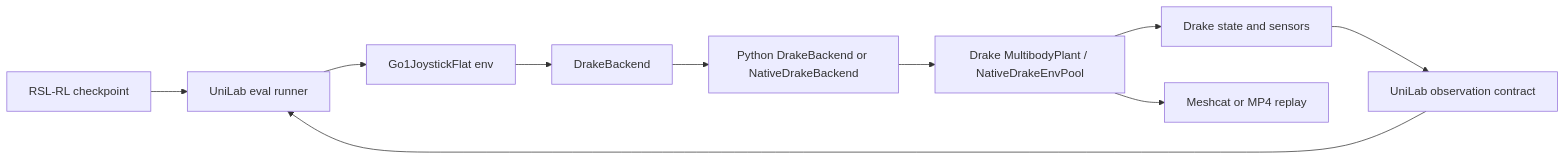
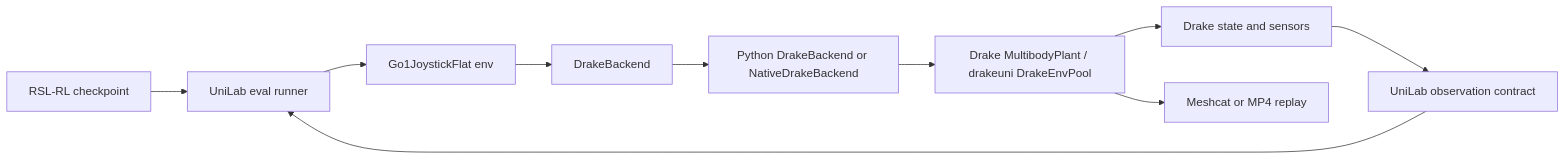
The diagram in DRAKE_REPLAY_PLAN.md (Motphys/UniLab), drawn with Mermaid before and after one commit. The commit also changed other lines of this file and 5 other files, not shown here.

Commit message:
build: depend on external DrakeUni batch pool

````diff
--- a/DRAKE_REPLAY_PLAN.md
+++ b/DRAKE_REPLAY_PLAN.md
@@ -118,12 +119,12 @@
 ```mermaid
 flowchart LR
   A["RSL-RL checkpoint"] --> B["UniLab eval runner"]
   B --> C["Go1JoystickFlat env"]
   C --> D["DrakeBackend"]
   D --> E["Python DrakeBackend or NativeDrakeBackend"]
-  E --> F["Drake MultibodyPlant / NativeDrakeEnvPool"]
+  E --> F["Drake MultibodyPlant / drakeuni DrakeEnvPool"]
   F --> G["Drake state and sensors"]
   G --> H["UniLab observation contract"]
   H --> B
   F --> I["Meshcat or MP4 replay"]
 ```
````
